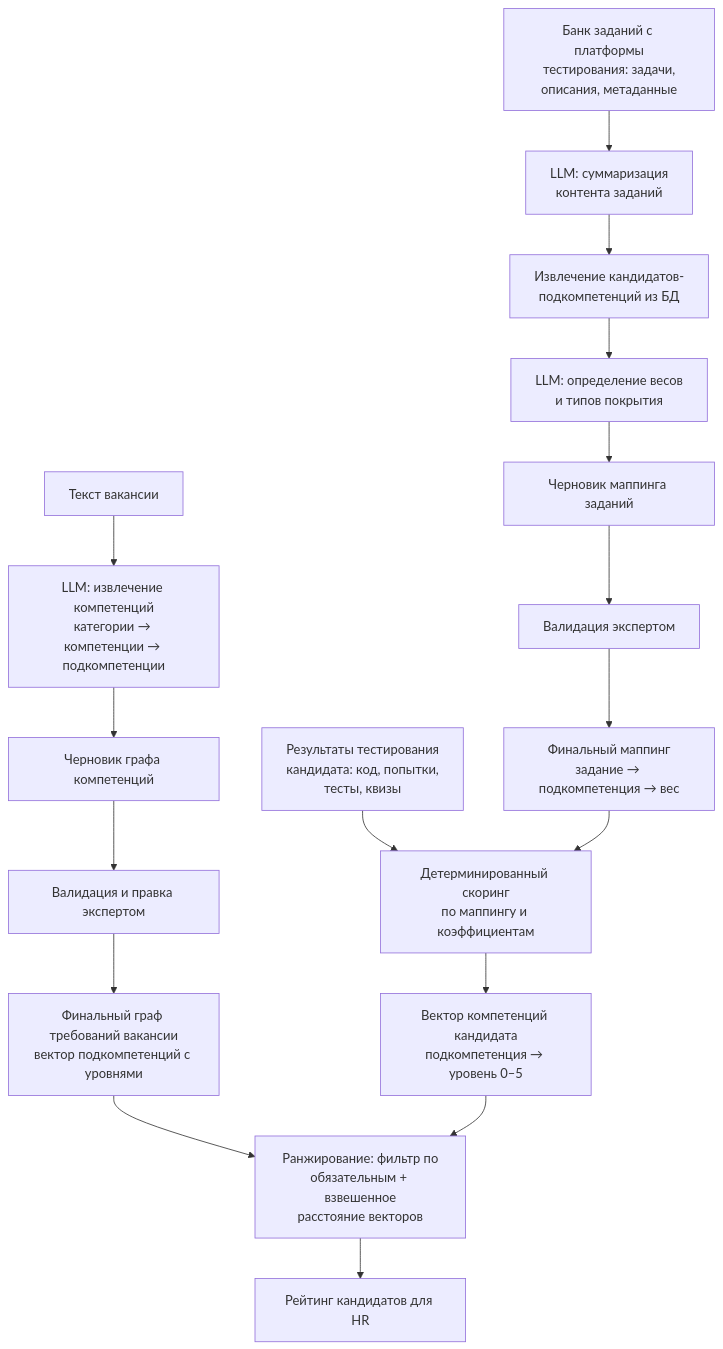
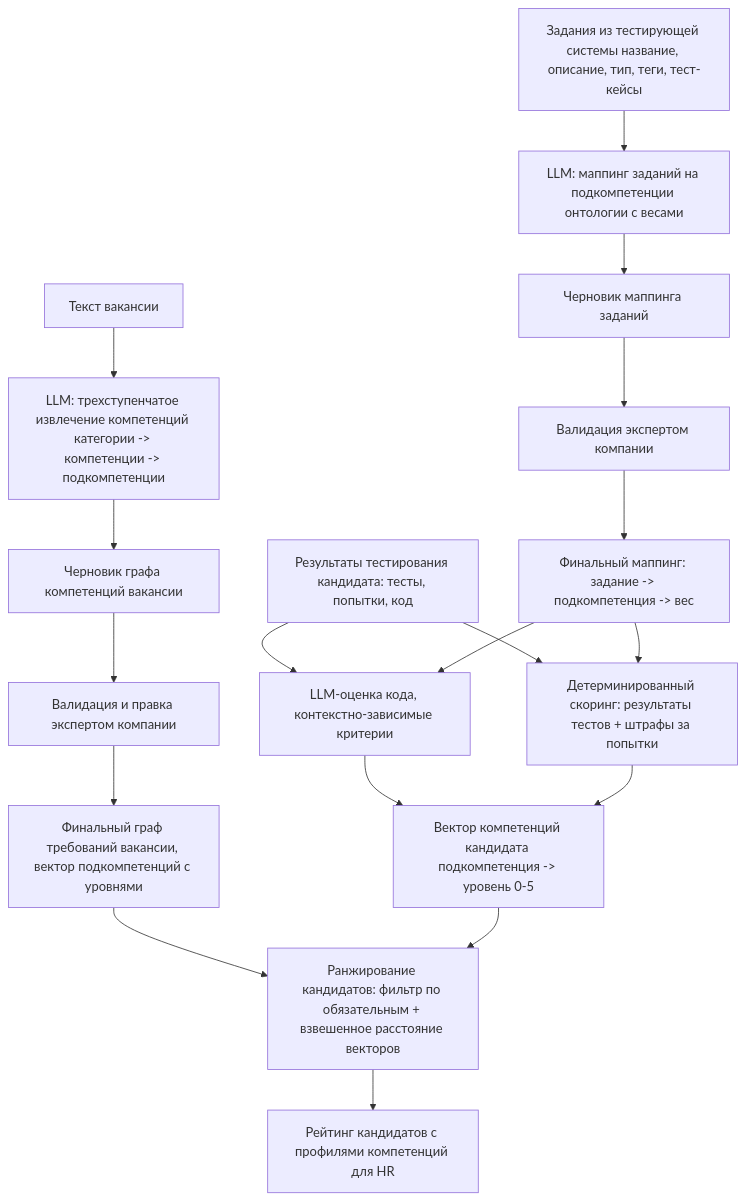
Before and after one commit to ruslantur77/ai-competency-profiler: the diagram in ml_system_design_doc.md, drawn with Mermaid. The commit also changed other lines of this file, not shown here.

````diff
--- a/ml_system_design_doc.md
+++ b/ml_system_design_doc.md
@@ -130,22 +135,23 @@
 ```mermaid
 flowchart TD
-    A[Текст вакансии] --> B[LLM: извлечение компетенций<br/>категории → компетенции → подкомпетенции]
-    B --> C[Черновик графа компетенций]
-    C --> D[Валидация и правка экспертом]
-    D --> E[Финальный граф требований вакансии<br/>вектор подкомпетенций с уровнями]
+    A[Текст вакансии] --> B[LLM: трехступенчатое извлечение компетенций категории -> компетенции -> подкомпетенции]
+    B --> C[Черновик графа компетенций вакансии]
+    C --> D[Валидация и правка экспертом компании]
+    D --> E[Финальный граф требований вакансии, вектор подкомпетенций с уровнями]
 
-    F[Банк заданий с платформы<br/>тестирования: задачи,<br/>описания, метаданные] --> F1[LLM: суммаризация<br/>контента заданий]
-    F1 --> F2[Извлечение кандидатов-<br/>подкомпетенций из БД]
-    F2 --> G[LLM: определение весов<br/>и типов покрытия]
+    F[Задания из тестирующей системы название, описание, тип, теги, тест-кейсы] --> G[LLM: маппинг заданий на подкомпетенции онтологии с весами]
     G --> H[Черновик маппинга заданий]
-    H --> I[Валидация экспертом]
-    I --> J[Финальный маппинг<br/>задание → подкомпетенция → вес]
+    H --> I[Валидация экспертом компании]
+    I --> J[Финальный маппинг: задание -> подкомпетенция -> вес]
 
-    K[Результаты тестирования<br/>кандидата: код, попытки,<br/>тесты, квизы] --> L[Детерминированный скоринг<br/>по маппингу и коэффициентам]
+    K[Результаты тестирования кандидата: тесты, попытки, код] --> L[LLM-оценка кода, контекстно-зависимые критерии]
+    K --> M[Детерминированный скоринг: результаты тестов + штрафы за попытки]
     J --> L
-    L --> M[Вектор компетенций кандидата<br/>подкомпетенция → уровень 0–5]
+    J --> M
+    L --> N[Вектор компетенций кандидата подкомпетенция -> уровень 0-5]
+    M --> N
 
-    E --> N[Ранжирование: фильтр по<br/>обязательным + взвешенное<br/>расстояние векторов]
-    M --> N
-    N --> O[Рейтинг кандидатов для HR]
+    E --> O[Ранжирование кандидатов: фильтр по обязательным + взвешенное расстояние векторов]
+    N --> O
+    O --> P[Рейтинг кандидатов с профилями компетенций для HR]
 ```
````
